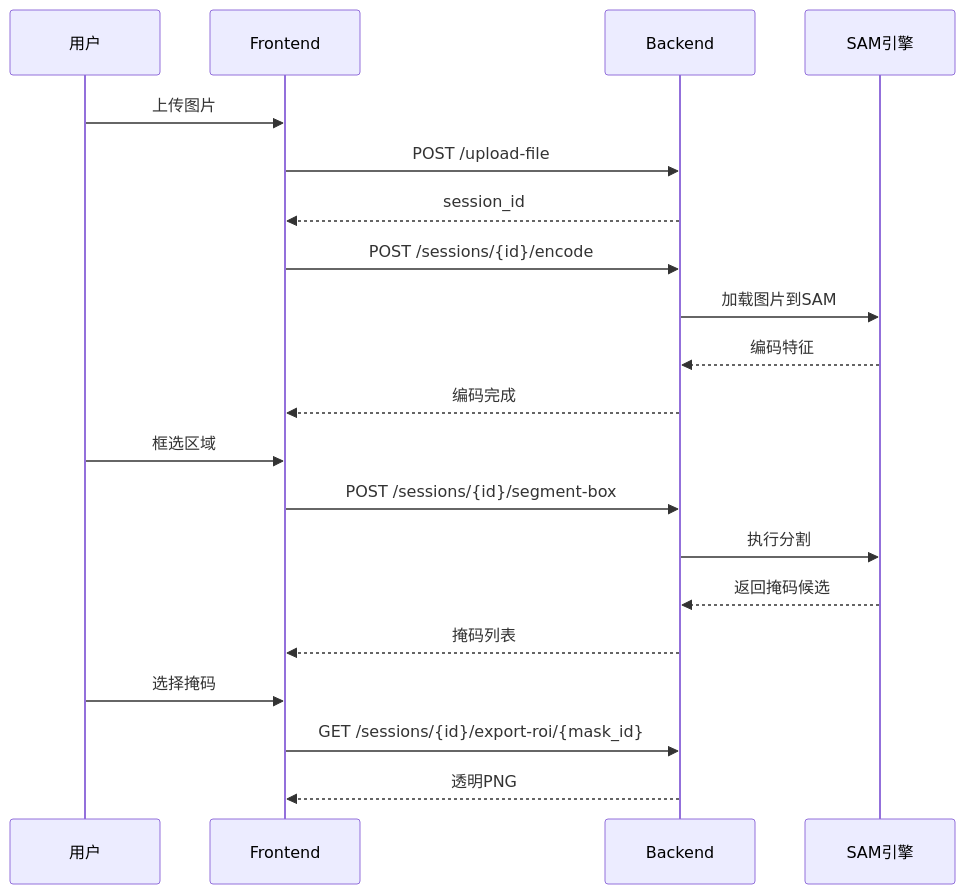
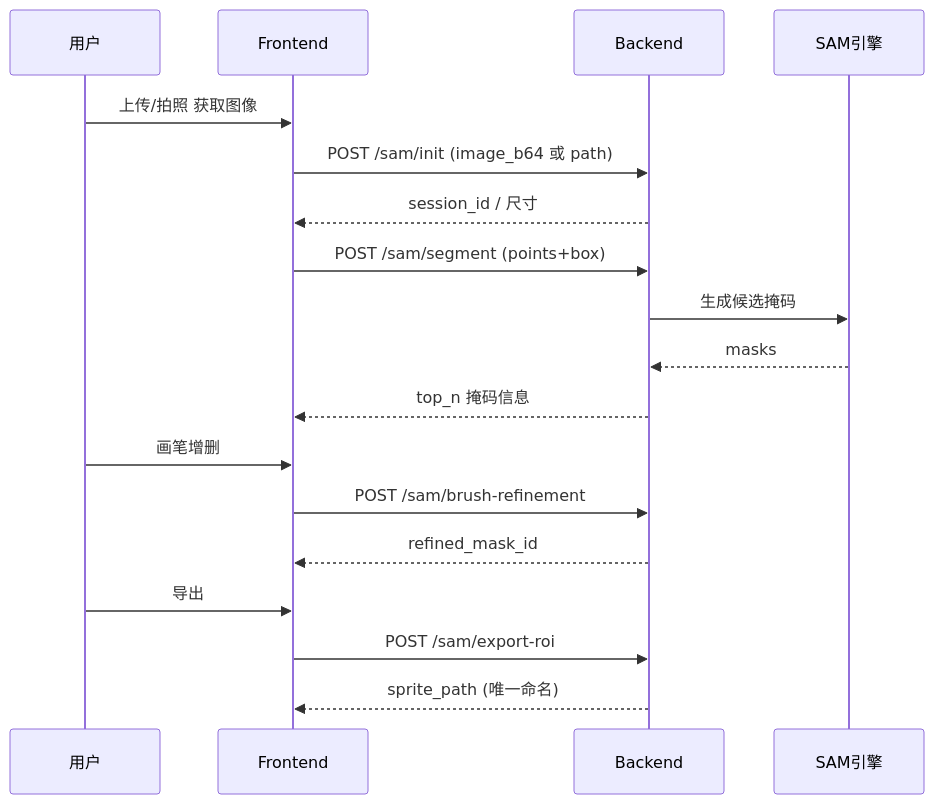
The first of 2 diagrams in docs/PROJECT_ARCHITECTURE.md (jelly2187/interactive_forest), drawn with Mermaid before and after one commit. The commit also changed other lines of this file and 14 other files, not shown here.

Commit message:
修复了后端图像分割与前端摄像头相关功能 1.  修复了上传第二张图像分割出错的情况 2.  优化了处理逻辑与算法性能，摄像头拍摄速度大幅提高 3. 优化了本地文件系统保存相关功能 4. 完善了README.md 5. 为舞台大屏添加了背景音乐

````diff
--- a/docs/PROJECT_ARCHITECTURE.md
+++ b/docs/PROJECT_ARCHITECTURE.md
@@ -94,26 +97,21 @@
 ```mermaid
 sequenceDiagram
     participant U as 用户
-    participant F as Frontend
-    participant B as Backend
-    participant S as SAM引擎
+    participant FE as Frontend
+    participant BE as Backend
+    participant SAM as SAM引擎
 
-    U->>F: 上传图片
-    F->>B: POST /upload-file
-    B-->>F: session_id
-    
-    F->>B: POST /sessions/{id}/encode
-    B->>S: 加载图片到SAM
-    S-->>B: 编码特征
-    B-->>F: 编码完成
-    
-    U->>F: 框选区域
-    F->>B: POST /sessions/{id}/segment-box
-    B->>S: 执行分割
-    S-->>B: 返回掩码候选
-    B-->>F: 掩码列表
-    
-    U->>F: 选择掩码
-    F->>B: GET /sessions/{id}/export-roi/{mask_id}
-    B-->>F: 透明PNG
+    U->>FE: 上传/拍照 获取图像
+    FE->>BE: POST /sam/init (image_b64 或 path)
+    BE-->>FE: session_id / 尺寸
+    FE->>BE: POST /sam/segment (points+box)
+    BE->>SAM: 生成候选掩码
+    SAM-->>BE: masks
+    BE-->>FE: top_n 掩码信息
+    U->>FE: 画笔增删
+    FE->>BE: POST /sam/brush-refinement
+    BE-->>FE: refined_mask_id
+    U->>FE: 导出
+    FE->>BE: POST /sam/export-roi
+    BE-->>FE: sprite_path (唯一命名)
 ```
````
